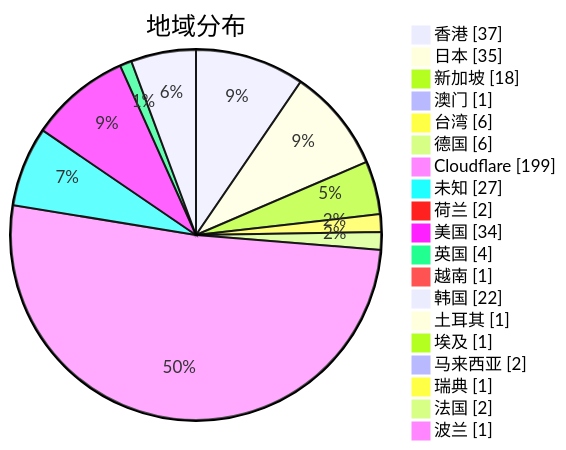
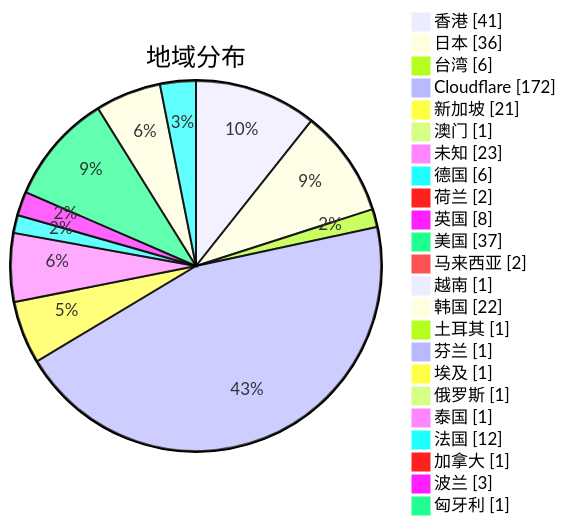
One commit to qjlxg/airport changed the second of 3 diagrams in subs/statistics/tested_within.md. Above: the diagram before and after it, drawn with Mermaid. The commit also changed other lines of this file and 2 other files, not shown here.

Commit message:
Tested by metaST

````diff
--- a/subs/statistics/tested_within.md
+++ b/subs/statistics/tested_within.md
@@ -14,23 +13,27 @@
 ```mermaid
 pie showData
 title 地域分布
-"香港" : 37
-"日本" : 35
-"新加坡" : 18
+"香港" : 41
+"日本" : 36
+"台湾" : 6
+"Cloudflare" : 172
+"新加坡" : 21
 "澳门" : 1
-"台湾" : 6
+"未知" : 23
 "德国" : 6
-"Cloudflare" : 199
-"未知" : 27
 "荷兰" : 2
-"美国" : 34
-"英国" : 4
+"英国" : 8
+"美国" : 37
+"马来西亚" : 2
 "越南" : 1
 "韩国" : 22
 "土耳其" : 1
+"芬兰" : 1
 "埃及" : 1
-"马来西亚" : 2
-"瑞典" : 1
-"法国" : 2
-"波兰" : 1
+"俄罗斯" : 1
+"泰国" : 1
+"法国" : 12
+"加拿大" : 1
+"波兰" : 3
+"匈牙利" : 1
 ```
````
